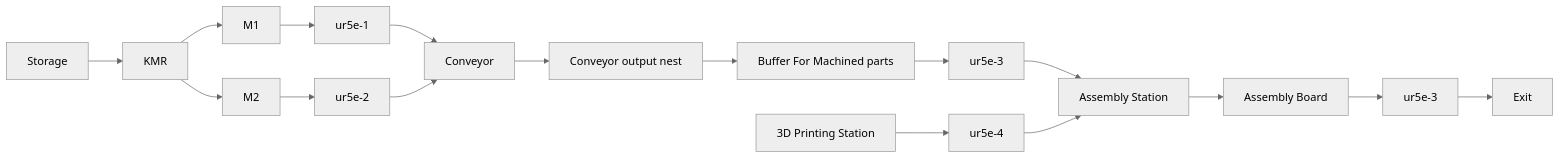
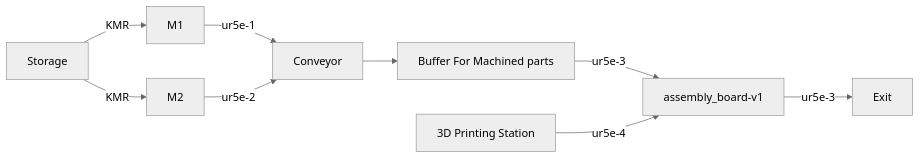
The diagram in writing/Journal Paper 2 (recovery framework)/IMPLEMENTATION_PLAN.md (cais-psu/cais-spade-llm), drawn with Mermaid (neutral theme) before and after one commit. The commit also changed other lines of this file and 120 other files, not shown here.

````diff
--- a/writing/Journal Paper 2 (recovery framework)/IMPLEMENTATION_PLAN.md
+++ b/writing/Journal Paper 2 (recovery framework)/IMPLEMENTATION_PLAN.md
@@ -707,19 +916,11 @@
 ```mermaid
 flowchart LR
-    storage[Storage] --> kmr[KMR]
-    kmr --> m1[M1]
-    kmr --> m2[M2]
-    m1 --> handling1[ur5e-1]
-    m2 --> handling2[ur5e-2]
-    handling1 --> conveyor[Conveyor]
-    handling2 --> conveyor
-    conveyor --> output[Conveyor output nest]
-    output --> buffer[Buffer For Machined parts]
-    buffer --> handling3[ur5e-3]
-    handling3 --> assembly[Assembly Station]
-    printing1[3D Printing Station] --> handling4[ur5e-4]
-    handling4 --> assembly
-    assembly --> board[Assembly Board]
-    board --> exit_handling[ur5e-3]
-    exit_handling --> exit[Exit]
+    S["Storage"] -->|KMR| M1["M1"]
+    S -->|KMR| M2["M2"]
+    M1 -->|ur5e-1| C["Conveyor"]
+    M2 -->|ur5e-2| C
+    C --> B["Buffer For Machined parts"]
+    B -->|ur5e-3| A["assembly_board-v1"]
+    P["3D Printing Station"] -->|ur5e-4| A
+    A -->|ur5e-3| E["Exit"]
 ```
````
